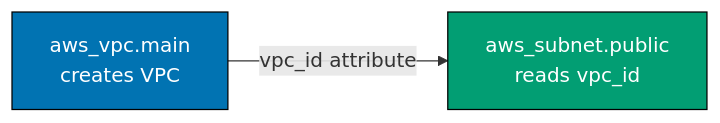
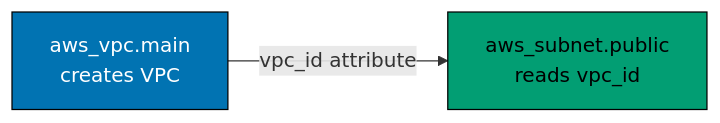
The third of 9 diagrams in apps/ayokoding-www/content/en/learn/legacy/software-engineering/infrastructure/infrastructure-as-code/by-example/beginner.md (wahidyankf/ose-public), drawn with Mermaid before and after one commit. The commit also changed other lines of this file and 131 other files, not shown here.

First line of the commit message:
fix(mermaid): bring the legacy data, infrastructure, and testing diagrams onto the accessible palette

````diff
--- a/apps/ayokoding-www/content/en/learn/legacy/software-engineering/infrastructure/infrastructure-as-code/by-example/beginner.md
+++ b/apps/ayokoding-www/content/en/learn/legacy/software-engineering/infrastructure/infrastructure-as-code/by-example/beginner.md
@@ -275,10 +289,15 @@
 ```mermaid
 graph LR
+    accTitle: Example 7: Resource References and Interpolation
+    accDescr: Graph with 2 nodes and 1 connections. Nodes: aws_vpc.main creates VPC, aws_subnet.public reads vpc_id. Connections: aws_vpc.main creates VPC to aws_subnet.public reads vpc_id (vpc_id attribute).
     A["aws_vpc.main<br/>creates VPC"]
     B["aws_subnet.public<br/>reads vpc_id"]
 
     A -->|vpc_id attribute| B
 
-    style A fill:#0173B2,stroke:#000,color:#fff
-    style B fill:#029E73,stroke:#000,color:#fff
+    classDef pal-0173B2 fill:#0173B2,stroke:#000000,color:#FFFFFF
+    class A pal-0173B2
+    classDef pal-029E73 fill:#029E73,stroke:#000000,color:#000000
+    class B pal-029E73
+    classDef default fill:#FFFFFF,stroke:#000000,color:#000000
 ```
````
